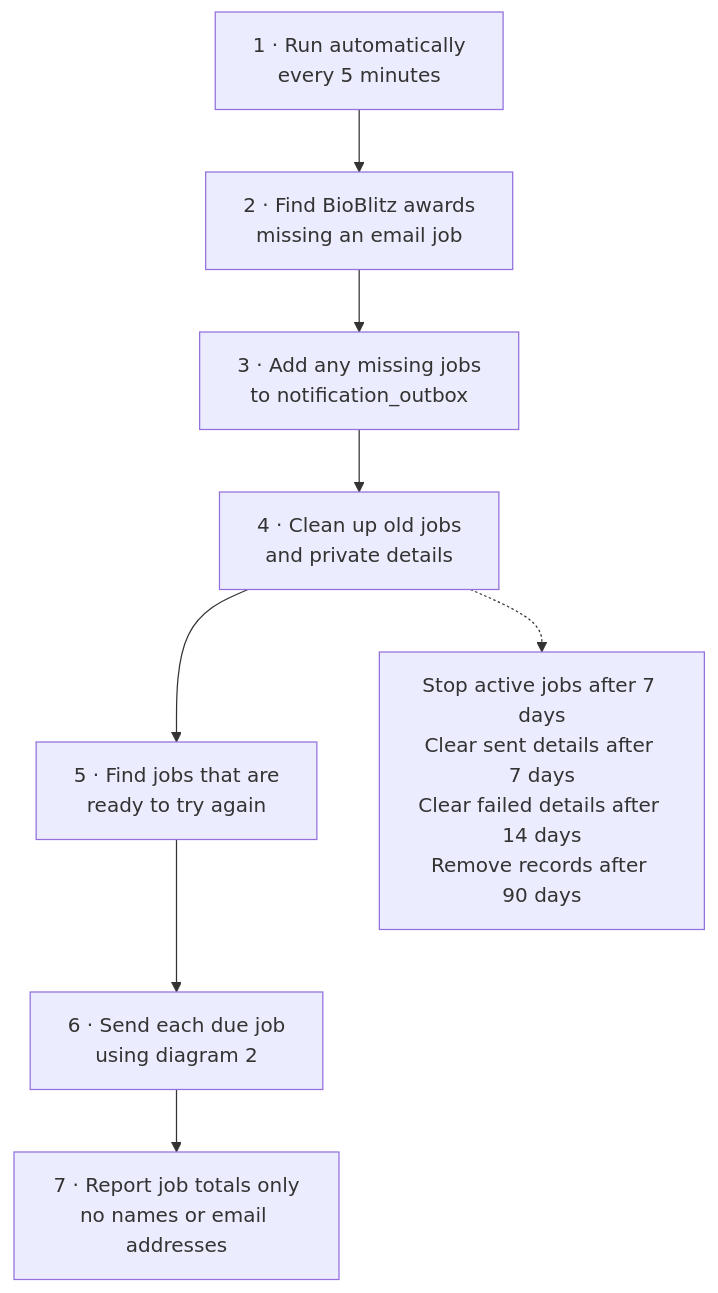
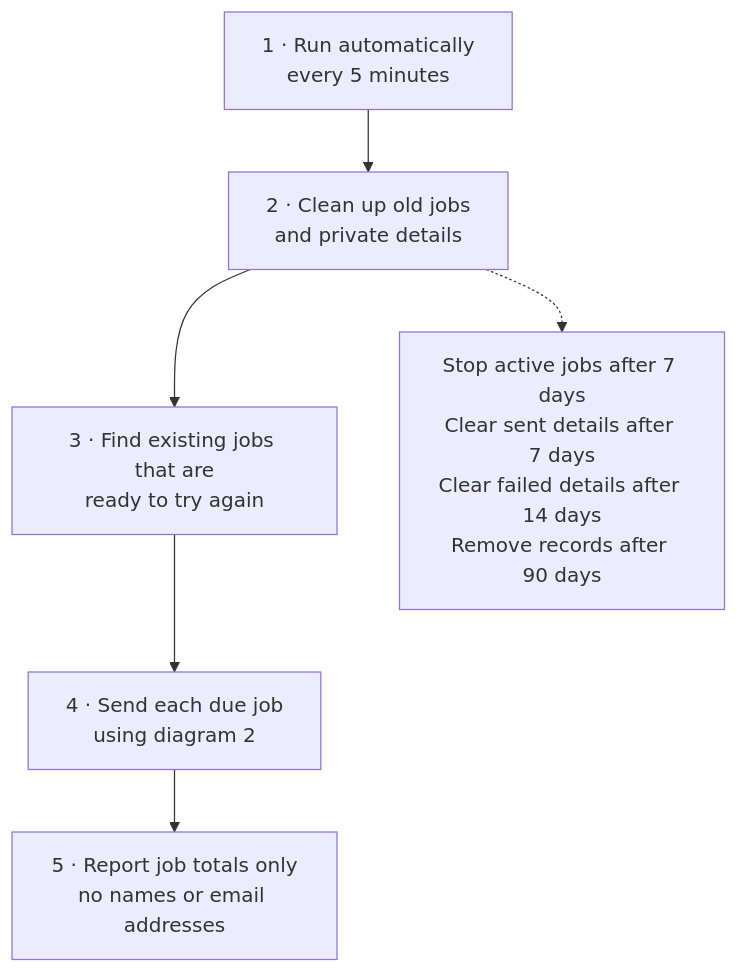
The third of 4 diagrams in docs/email-notification-system.md (GainForest/gainforest-app), drawn with Mermaid before and after one commit. The commit also changed other lines of this file and 17 other files, not shown here.

````diff
--- a/docs/email-notification-system.md
+++ b/docs/email-notification-system.md
@@ -105,26 +99,20 @@
 ```mermaid
 flowchart TB
 
   Timer["1 · Run automatically<br/>every 5 minutes"]
 
-  FindMissing["2 · Find BioBlitz awards<br/>missing an email job"]
+  Cleanup["2 · Clean up old jobs<br/>and private details"]
 
-  SaveMissing["3 · Add any missing jobs<br/>to notification_outbox"]
+  DueJobs["3 · Find existing jobs that are<br/>ready to try again"]
 
-  Cleanup["4 · Clean up old jobs<br/>and private details"]
+  SendJobs["4 · Send each due job<br/>using diagram 2"]
 
-  DueJobs["5 · Find jobs that are<br/>ready to try again"]
+  Health["5 · Report job totals only<br/>no names or email addresses"]
 
-  SendJobs["6 · Send each due job<br/>using diagram 2"]
-
-  Health["7 · Report job totals only<br/>no names or email addresses"]
-
-  Timer --> FindMissing
-  FindMissing --> SaveMissing
-  SaveMissing --> Cleanup
+  Timer --> Cleanup
   Cleanup --> DueJobs
   DueJobs --> SendJobs
   SendJobs --> Health
 
   Cleanup -.-> Retention["Stop active jobs after 7 days<br/>Clear sent details after 7 days<br/>Clear failed details after 14 days<br/>Remove records after 90 days"]
 ```
````
